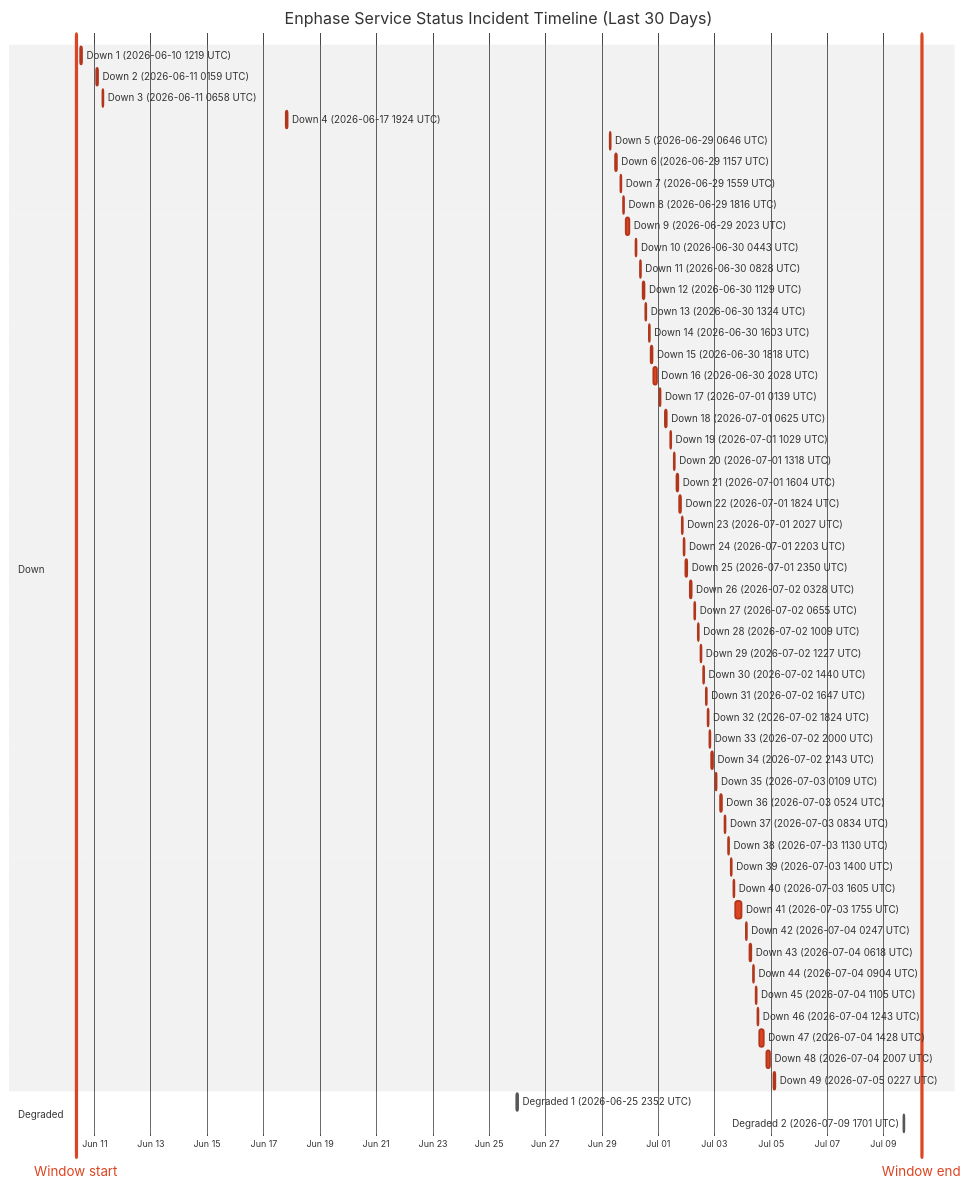
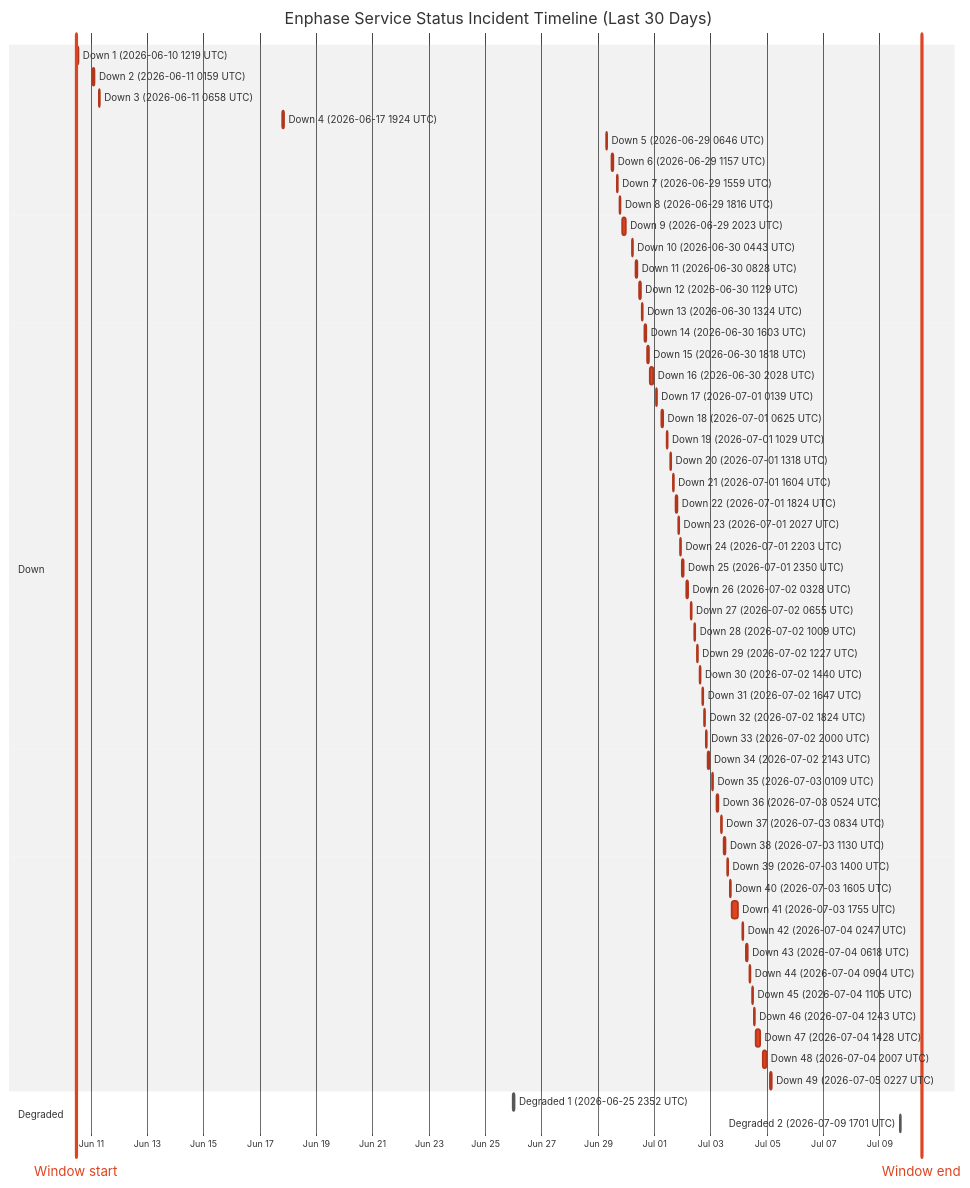
Before and after one commit to barneyonline/ha-enphase-energy: the diagram in wiki/Service-Status-History.md, drawn with Mermaid (neutral theme). The commit also changed other lines of this file and 3 other files, not shown here.

````diff
--- a/wiki/Service-Status-History.md
+++ b/wiki/Service-Status-History.md
@@ -14,61 +14,61 @@
 ```mermaid
 gantt
     title Enphase Service Status Incident Timeline (Last 30 Days)
     dateFormat  YYYY-MM-DDTHH:mm:ss
     axisFormat  %b %d
-    Window start :vert, window-start, 2026-06-10T08:21:01, 0ms
-    Window end :vert, window-end, 2026-07-10T08:21:01, 0ms
+    Window start :vert, window-start, 2026-06-10T11:24:24, 0ms
+    Window end :vert, window-end, 2026-07-10T11:24:24, 0ms
     section Down
     Down 1 (2026-06-10 1219 UTC) :crit, down-1, 2026-06-10T12:19:21, 60m
     Down 2 (2026-06-11 0159 UTC) :crit, down-2, 2026-06-11T01:59:36, 60m
     Down 3 (2026-06-11 0658 UTC) :crit, down-3, 2026-06-11T06:58:45, 60m
     Down 4 (2026-06-17 1924 UTC) :crit, down-4, 2026-06-17T19:24:51, 60m
     Down 5 (2026-06-29 0646 UTC) :crit, down-5, 2026-06-29T06:46:18, 60m
     Down 6 (2026-06-29 1157 UTC) :crit, down-6, 2026-06-29T11:57:36, 60m
     Down 7 (2026-06-29 1559 UTC) :crit, down-7, 2026-06-29T15:59:02, 60m
     Down 8 (2026-06-29 1816 UTC) :crit, down-8, 2026-06-29T18:16:38, 60m
     Down 9 (2026-06-29 2023 UTC) :crit, down-9, 2026-06-29T20:23:16, 220m
     Down 10 (2026-06-30 0443 UTC) :crit, down-10, 2026-06-30T04:43:54, 60m
     Down 11 (2026-06-30 0828 UTC) :crit, down-11, 2026-06-30T08:28:43, 60m
     Down 12 (2026-06-30 1129 UTC) :crit, down-12, 2026-06-30T11:29:15, 60m
     Down 13 (2026-06-30 1324 UTC) :crit, down-13, 2026-06-30T13:24:25, 60m
     Down 14 (2026-06-30 1603 UTC) :crit, down-14, 2026-06-30T16:03:26, 60m
     Down 15 (2026-06-30 1818 UTC) :crit, down-15, 2026-06-30T18:18:39, 60m
     Down 16 (2026-06-30 2028 UTC) :crit, down-16, 2026-06-30T20:28:54, 171m
     Down 17 (2026-07-01 0139 UTC) :crit, down-17, 2026-07-01T01:39:18, 60m
     Down 18 (2026-07-01 0625 UTC) :crit, down-18, 2026-07-01T06:25:35, 60m
     Down 19 (2026-07-01 1029 UTC) :crit, down-19, 2026-07-01T10:29:24, 60m
     Down 20 (2026-07-01 1318 UTC) :crit, down-20, 2026-07-01T13:18:31, 60m
     Down 21 (2026-07-01 1604 UTC) :crit, down-21, 2026-07-01T16:04:29, 60m
     Down 22 (2026-07-01 1824 UTC) :crit, down-22, 2026-07-01T18:24:21, 60m
     Down 23 (2026-07-01 2027 UTC) :crit, down-23, 2026-07-01T20:27:17, 60m
     Down 24 (2026-07-01 2203 UTC) :crit, down-24, 2026-07-01T22:03:46, 60m
     Down 25 (2026-07-01 2350 UTC) :crit, down-25, 2026-07-01T23:50:52, 60m
     Down 26 (2026-07-02 0328 UTC) :crit, down-26, 2026-07-02T03:28:33, 60m
     Down 27 (2026-07-02 0655 UTC) :crit, down-27, 2026-07-02T06:55:07, 60m
     Down 28 (2026-07-02 1009 UTC) :crit, down-28, 2026-07-02T10:09:15, 60m
     Down 29 (2026-07-02 1227 UTC) :crit, down-29, 2026-07-02T12:27:49, 60m
     Down 30 (2026-07-02 1440 UTC) :crit, down-30, 2026-07-02T14:40:53, 60m
     Down 31 (2026-07-02 1647 UTC) :crit, down-31, 2026-07-02T16:47:47, 60m
     Down 32 (2026-07-02 1824 UTC) :crit, down-32, 2026-07-02T18:24:26, 60m
     Down 33 (2026-07-02 2000 UTC) :crit, down-33, 2026-07-02T20:00:57, 60m
     Down 34 (2026-07-02 2143 UTC) :crit, down-34, 2026-07-02T21:43:52, 80m
     Down 35 (2026-07-03 0109 UTC) :crit, down-35, 2026-07-03T01:09:19, 60m
     Down 36 (2026-07-03 0524 UTC) :crit, down-36, 2026-07-03T05:24:23, 60m
     Down 37 (2026-07-03 0834 UTC) :crit, down-37, 2026-07-03T08:34:05, 60m
     Down 38 (2026-07-03 1130 UTC) :crit, down-38, 2026-07-03T11:30:41, 60m
     Down 39 (2026-07-03 1400 UTC) :crit, down-39, 2026-07-03T14:00:48, 60m
     Down 40 (2026-07-03 1605 UTC) :crit, down-40, 2026-07-03T16:05:49, 60m
     Down 41 (2026-07-03 1755 UTC) :crit, down-41, 2026-07-03T17:55:54, 338m
     Down 42 (2026-07-04 0247 UTC) :crit, down-42, 2026-07-04T02:47:22, 60m
     Down 43 (2026-07-04 0618 UTC) :crit, down-43, 2026-07-04T06:18:09, 60m
     Down 44 (2026-07-04 0904 UTC) :crit, down-44, 2026-07-04T09:04:41, 60m
     Down 45 (2026-07-04 1105 UTC) :crit, down-45, 2026-07-04T11:05:21, 60m
     Down 46 (2026-07-04 1243 UTC) :crit, down-46, 2026-07-04T12:43:25, 60m
     Down 47 (2026-07-04 1428 UTC) :crit, down-47, 2026-07-04T14:28:07, 243m
     Down 48 (2026-07-04 2007 UTC) :crit, down-48, 2026-07-04T20:07:50, 206m
     Down 49 (2026-07-05 0227 UTC) :crit, down-49, 2026-07-05T02:27:32, 109m
     section Degraded
     Degraded 1 (2026-06-25 2352 UTC) :active, degraded-1, 2026-06-25T23:52:01, 60m
     Degraded 2 (2026-07-09 1701 UTC) :active, degraded-2, 2026-07-09T17:01:02, 60m
 ```
````
